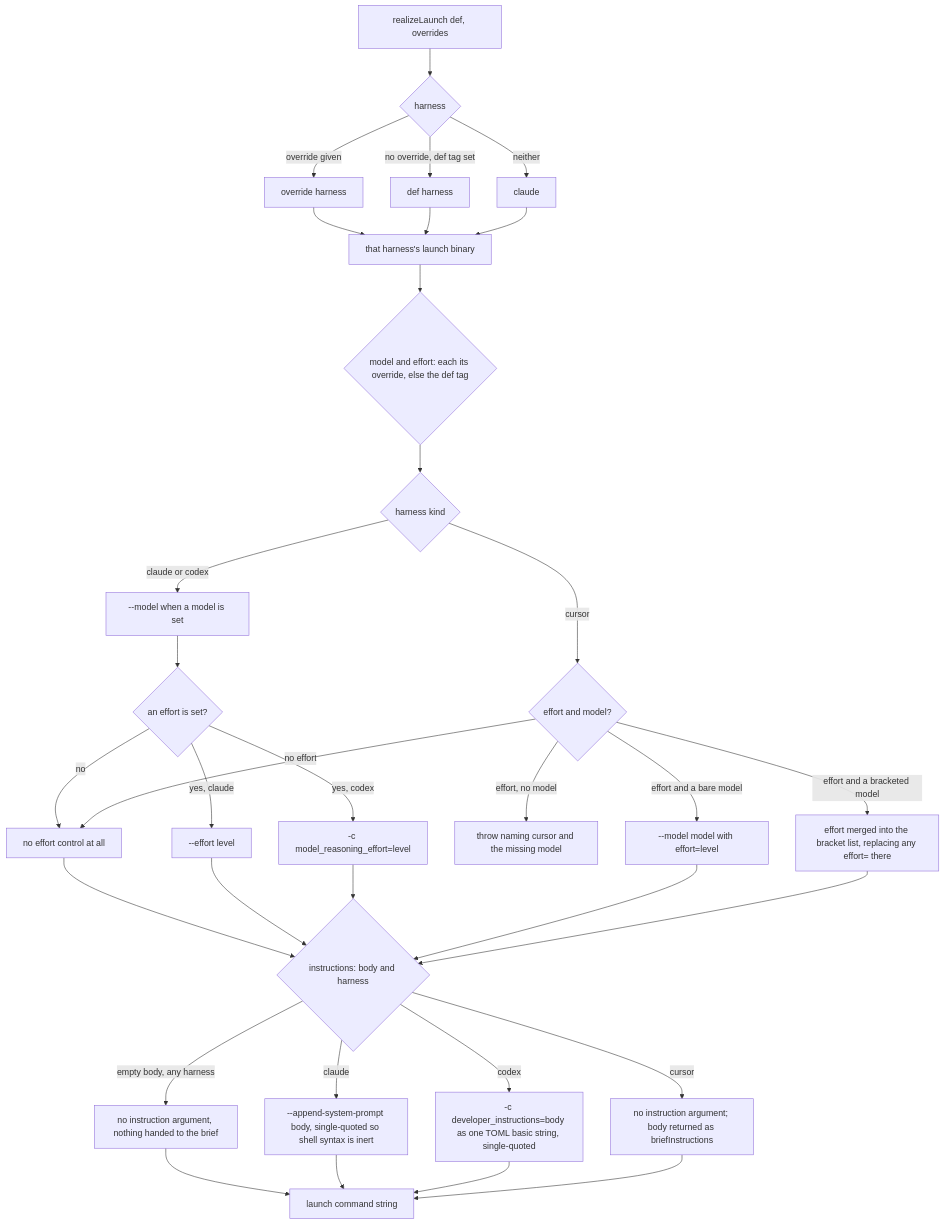
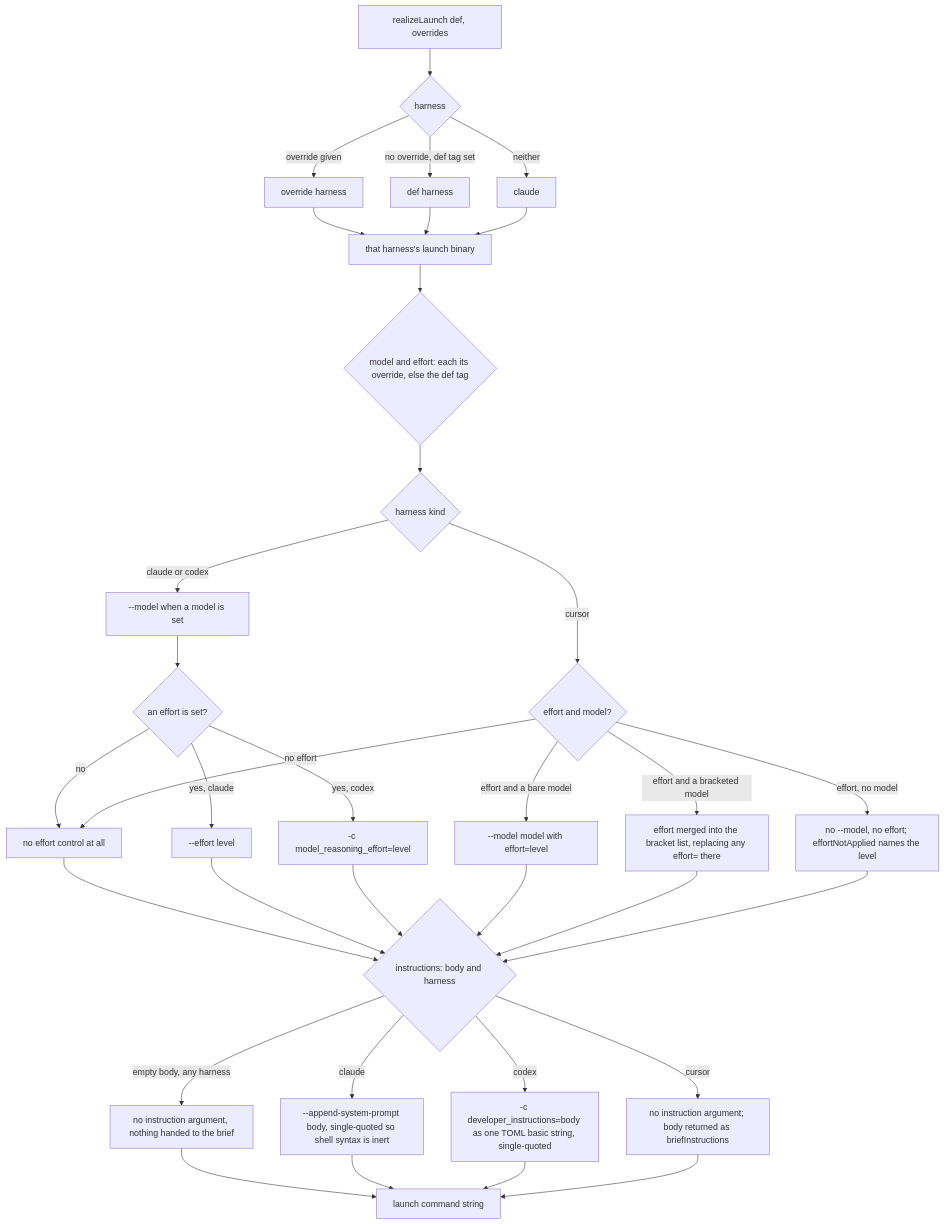
Before and after one commit to cyberuni/cyberlegion: the third of 4 diagrams in packages/cyberlegion/.agents/spec/agent/README.md, drawn with Mermaid. The commit also changed other lines of this file and 14 other files, not shown here.

First line of the commit message:
fix: a cursor effort with no model launches at the default instead of failing

````diff
--- a/packages/cyberlegion/.agents/spec/agent/README.md
+++ b/packages/cyberlegion/.agents/spec/agent/README.md
@@ -171,35 +174,36 @@
 ```mermaid
 graph TD
   REALIZE[realizeLaunch def, overrides] --> HARNESS{harness}
   HARNESS -->|override given| OVH[override harness]
   HARNESS -->|no override, def tag set| DEFH[def harness]
   HARNESS -->|neither| DEFAULT[claude]
   OVH --> BINARY[that harness's launch binary]
   DEFH --> BINARY
   DEFAULT --> BINARY
   BINARY --> MODEL{model and effort: each its override, else the def tag}
   MODEL --> KIND{harness kind}
   KIND -->|claude or codex| FLAGMODEL[--model when a model is set]
   FLAGMODEL --> EFFORT{an effort is set?}
   EFFORT -->|no| NOEFFORT[no effort control at all]
   EFFORT -->|yes, claude| CLAUDE[--effort level]
   EFFORT -->|yes, codex| CODEX[-c model_reasoning_effort=level]
   KIND -->|cursor| CURSOR{effort and model?}
-  CURSOR -->|effort, no model| REFUSE[throw naming cursor and the missing model]
+  CURSOR -->|effort, no model| DROPPED[no --model, no effort; effortNotApplied names the level]
   CURSOR -->|no effort| NOEFFORT
   CURSOR -->|effort and a bare model| BRACKET[--model model with effort=level]
   CURSOR -->|effort and a bracketed model| MERGE[effort merged into the bracket list, replacing any effort= there]
   NOEFFORT --> INSTR{instructions: body and harness}
   CLAUDE --> INSTR
   CODEX --> INSTR
   BRACKET --> INSTR
   MERGE --> INSTR
+  DROPPED --> INSTR
   INSTR -->|empty body, any harness| NOINSTR[no instruction argument, nothing handed to the brief]
   INSTR -->|claude| APPEND[--append-system-prompt body, single-quoted so shell syntax is inert]
   INSTR -->|codex| DEVINSTR[-c developer_instructions=body as one TOML basic string, single-quoted]
   INSTR -->|cursor| TOBRIEF[no instruction argument; body returned as briefInstructions]
   NOINSTR --> COMMAND[launch command string]
   APPEND --> COMMAND
   DEVINSTR --> COMMAND
   TOBRIEF --> COMMAND
 ```
````
